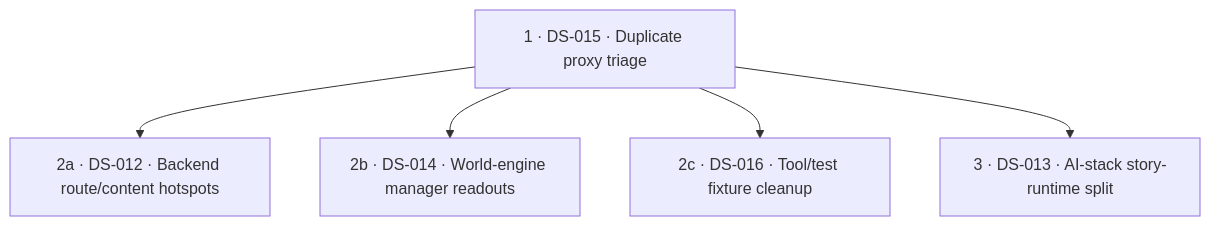
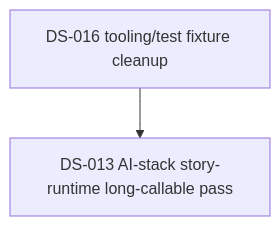
One commit to Held0fTheWelt/ASHEN-SHELL changed the diagram in 'fy'-suites/despaghettify/despaghettification_implementation_input.md. Above: the diagram before and after it, drawn with Mermaid. The commit also changed other lines of this file and 79 other files, not shown here.

````diff
--- a/'fy'-suites/despaghettify/despaghettification_implementation_input.md
+++ b/'fy'-suites/despaghettify/despaghettification_implementation_input.md
@@ -176,12 +170,4 @@
 ```mermaid
 flowchart TD
-P1["1 · DS-015 · Duplicate proxy triage"]
-P2A["2a · DS-012 · Backend route/content hotspots"]
-P2B["2b · DS-014 · World-engine manager readouts"]
-P2C["2c · DS-016 · Tool/test fixture cleanup"]
-P3["3 · DS-013 · AI-stack story-runtime split"]
-P1 --> P2A
-P1 --> P2B
-P1 --> P2C
-P1 --> P3
+    DS016["DS-016 tooling/test fixture cleanup"] --> DS013["DS-013 AI-stack story-runtime long-callable pass"]
 ```
````
